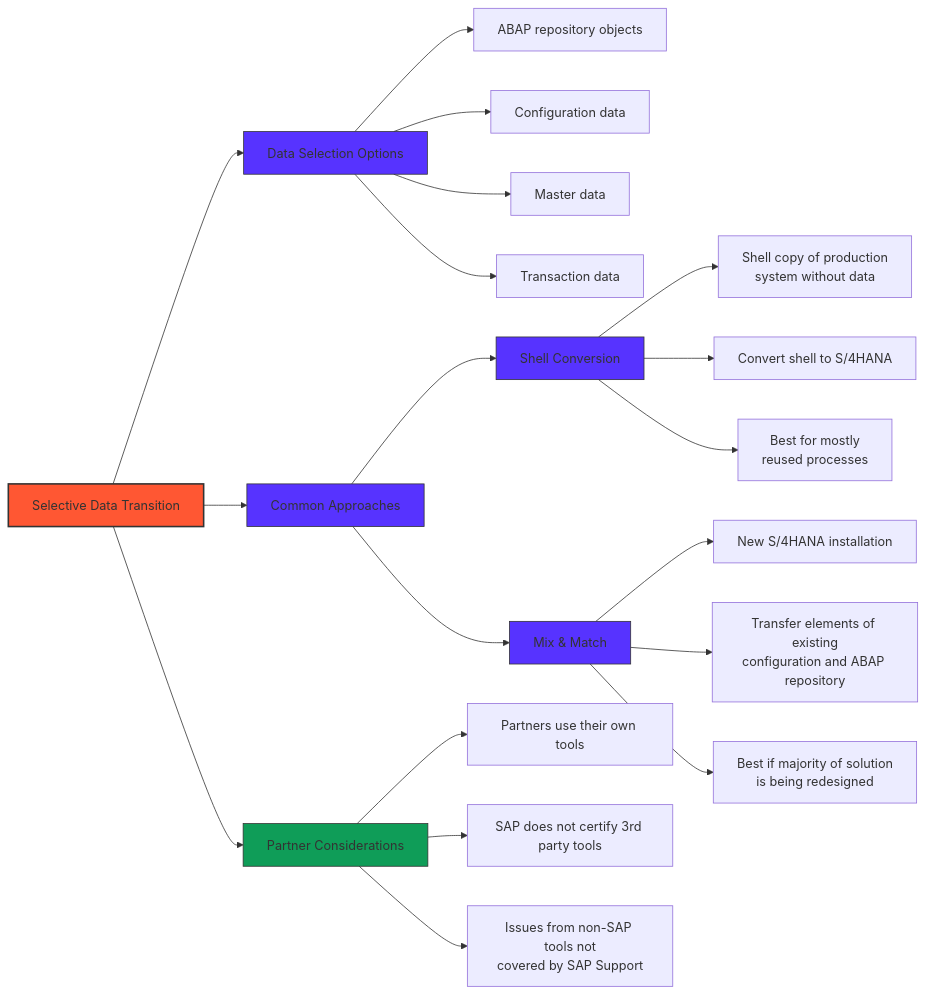
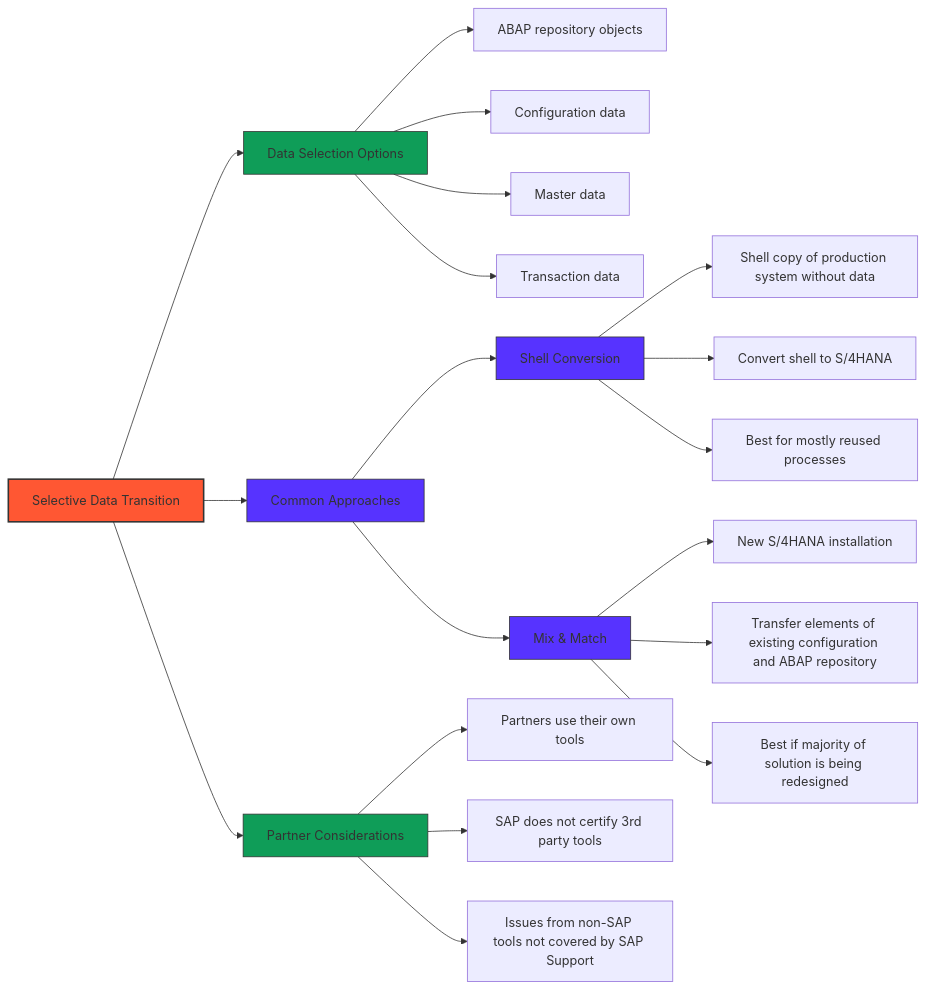
One commit to sapflashcards/S4CPE changed the diagram in sdt.md. Above: the diagram before and after it, drawn with Mermaid.

````diff
--- a/sdt.md
+++ b/sdt.md
@@ -1,32 +1,32 @@
 ```mermaid
 graph LR
     A[Selective Data Transition] --> B[Data Selection Options]
     B --> B1[ABAP repository objects]
     B --> B2[Configuration data]
     B --> B3[Master data]
     B --> B4[Transaction data]
     
     A --> C[Common Approaches]
     C --> D[Shell Conversion]
     C --> E[Mix & Match]
     
-    D --> D1[Shell copy of production\nsystem without data]
+    D --> D1[Shell copy of production system without data]
     D --> D2[Convert shell to S/4HANA]
-    D --> D3[Best for mostly\nreused processes]
+    D --> D3[Best for mostly reused processes]
     
     E --> E1[New S/4HANA installation]
-    E --> E2[Transfer elements of existing\nconfiguration and ABAP repository]
-    E --> E3[Best if majority of solution\nis being redesigned]
+    E --> E2[Transfer elements of existing configuration and ABAP repository]
+    E --> E3[Best if majority of solution is being redesigned]
     
     A --> F[Partner Considerations]
     F --> F1[Partners use their own tools]
     F --> F2[SAP does not certify 3rd party tools]
-    F --> F3[Issues from non-SAP tools not\ncovered by SAP Support]
+    F --> F3[Issues from non-SAP tools not covered by SAP Support]
     
     style A fill:#FF5733,stroke:#333,stroke-width:2px
-    style B fill:#5733FF,stroke:#333
+    style B fill:#0F9D58,stroke:#333
     style C fill:#5733FF,stroke:#333
     style D fill:#5733FF,stroke:#333
     style E fill:#5733FF,stroke:#333
     style F fill:#0F9D58,stroke:#333
 ```
````
